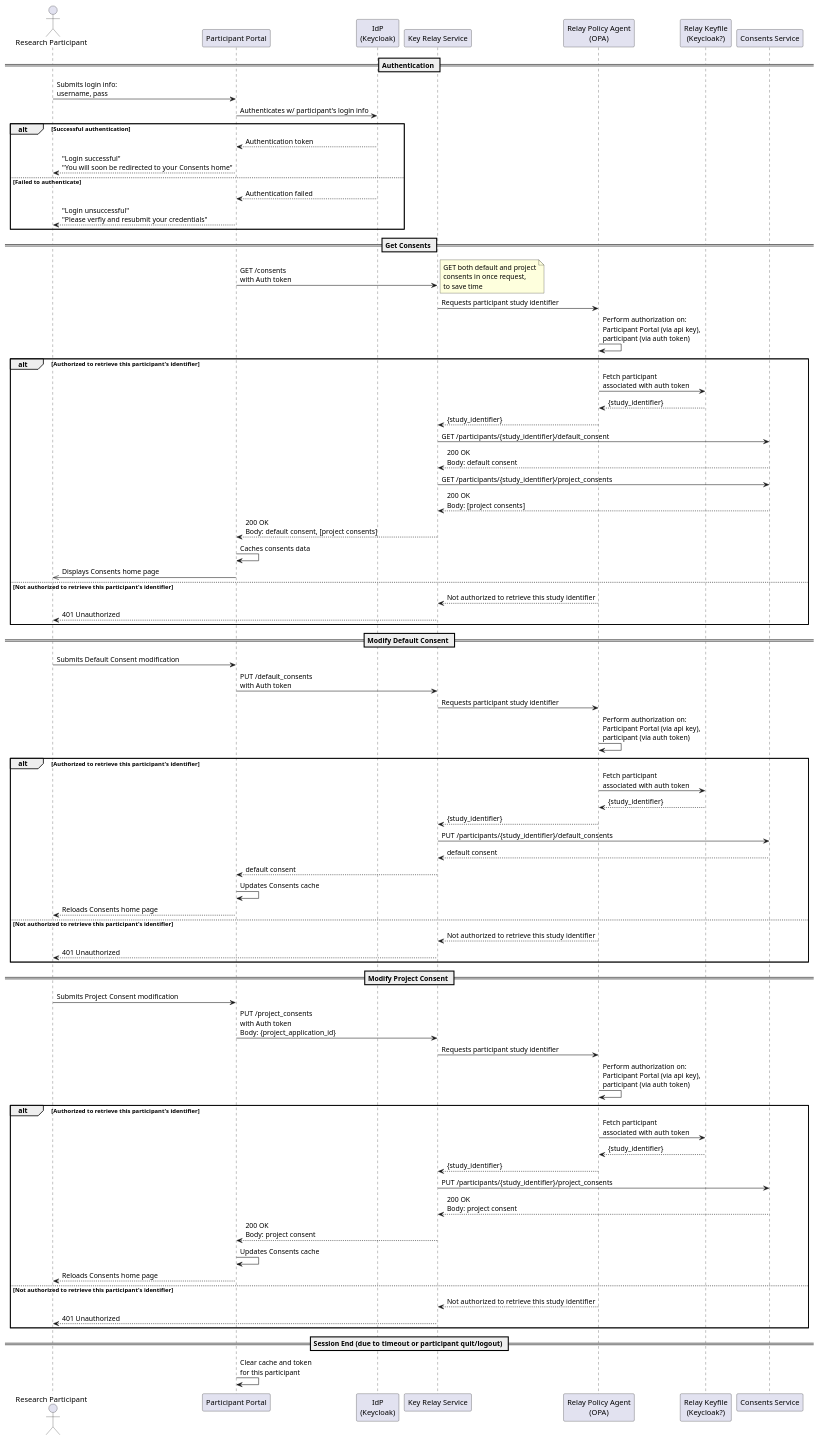
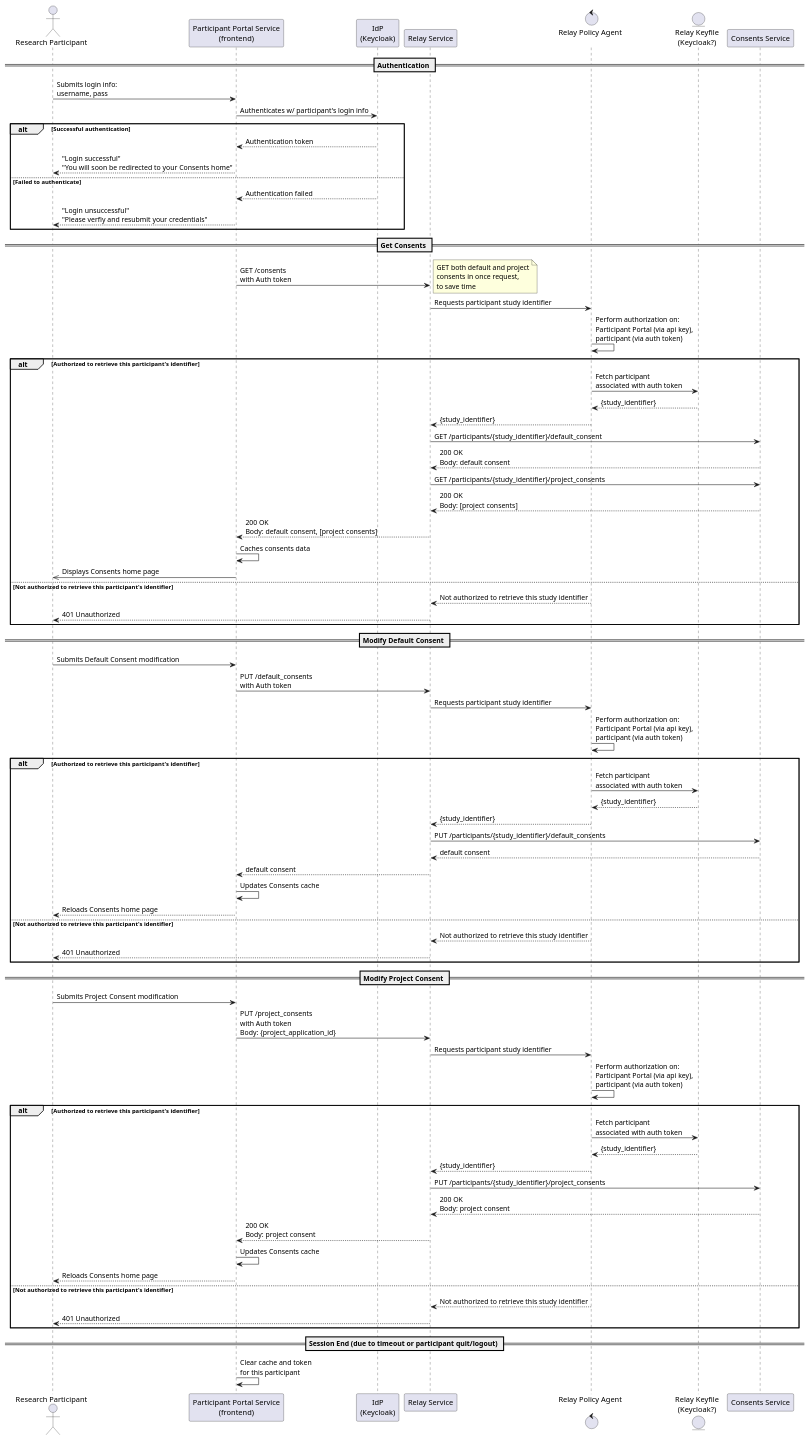
One commit to dycons/design changed the diagram in demo1/diagrams/participant_consent_change.md. Above: the diagram before and after it, drawn with PlantUML. The commit also changed other lines of this file, not shown here.

Commit message:
Clarify participants in consent-change seq diagram

```diff
--- a/demo1/diagrams/participant_consent_change.md
+++ b/demo1/diagrams/participant_consent_change.md
@@ -4,10 +4,10 @@
 @startuml
 actor "Research Participant" as rp
-participant "Participant Portal" as pp
+participant "Participant Portal Service\n(frontend)" as pp
 participant "IdP\n(Keycloak)" as idp
-participant "Key Relay Service" as krs
-participant "Relay Policy Agent\n(OPA)" as opa
-participant "Relay Keyfile\n(Keycloak?)" as kf
+participant "Relay Service" as rs
+control "Relay Policy Agent\n" as rpa
+entity "Relay Keyfile\n(Keycloak?)" as kf
 participant "Consents Service" as cs
 
 
@@ -27,35 +27,35 @@
 
 == Get Consents ==
 
-pp -> krs: GET /consents \nwith Auth token
+pp -> rs: GET /consents \nwith Auth token
 note right
   GET both default and project
   consents in once request,
   to save time
 end note
 
-krs -> opa: Requests participant study identifier
-opa -> opa: Perform authorization on: \nParticipant Portal (via api key), \nparticipant (via auth token)
+rs -> rpa: Requests participant study identifier
+rpa -> rpa: Perform authorization on: \nParticipant Portal (via api key), \nparticipant (via auth token)
 
 alt Authorized to retrieve this participant's identifier
-  opa -> kf: Fetch participant \nassociated with auth token
-  kf --> opa: {study_identifier}
-  opa --> krs: {study_identifier}
+  rpa -> kf: Fetch participant \nassociated with auth token
+  kf --> rpa: {study_identifier}
+  rpa --> rs: {study_identifier}
 
-  krs -> cs: GET /participants/{study_identifier}/default_consent
-  cs --> krs: 200 OK \nBody: default consent
+  rs -> cs: GET /participants/{study_identifier}/default_consent
+  cs --> rs: 200 OK \nBody: default consent
 
-  krs -> cs: GET /participants/{study_identifier}/project_consents
-  cs --> krs: 200 OK \nBody: [project consents]
+  rs -> cs: GET /participants/{study_identifier}/project_consents
+  cs --> rs: 200 OK \nBody: [project consents]
 
-  krs --> pp: 200 OK \nBody: default consent, [project consents]
+  rs --> pp: 200 OK \nBody: default consent, [project consents]
 
   pp -> pp: Caches consents data
   pp ->> rp: Displays Consents home page
 
 else Not authorized to retrieve this participant's identifier
-  opa --> krs: Not authorized to retrieve this study identifier
-  krs --> rp: 401 Unauthorized
+  rpa --> rs: Not authorized to retrieve this study identifier
+  rs --> rp: 401 Unauthorized
 end
 
 
@@ -63,27 +63,27 @@
 
 rp -> pp: Submits Default Consent modification
 
-pp -> krs: PUT /default_consents \nwith Auth token
+pp -> rs: PUT /default_consents \nwith Auth token
 
-krs -> opa: Requests participant study identifier
-opa -> opa: Perform authorization on: \nParticipant Portal (via api key), \nparticipant (via auth token)
+rs -> rpa: Requests participant study identifier
+rpa -> rpa: Perform authorization on: \nParticipant Portal (via api key), \nparticipant (via auth token)
 
 alt Authorized to retrieve this participant's identifier
-  opa -> kf: Fetch participant \nassociated with auth token
-  kf --> opa: {study_identifier}
-  opa --> krs: {study_identifier}
+  rpa -> kf: Fetch participant \nassociated with auth token
+  kf --> rpa: {study_identifier}
+  rpa --> rs: {study_identifier}
 
-  krs -> cs: PUT /participants/{study_identifier}/default_consents
-  cs --> krs: default consent
+  rs -> cs: PUT /participants/{study_identifier}/default_consents
+  cs --> rs: default consent
 
-  krs --> pp: default consent
+  rs --> pp: default consent
 
   pp -> pp: Updates Consents cache
   pp --> rp: Reloads Consents home page
 
 else Not authorized to retrieve this participant's identifier
-  opa --> krs: Not authorized to retrieve this study identifier
-  krs --> rp: 401 Unauthorized
+  rpa --> rs: Not authorized to retrieve this study identifier
+  rs --> rp: 401 Unauthorized
 end
 
 
@@ -91,28 +91,28 @@
 
 rp -> pp: Submits Project Consent modification
 
-pp -> krs: PUT /project_consents \nwith Auth token \nBody: {project_application_id}
+pp -> rs: PUT /project_consents \nwith Auth token \nBody: {project_application_id}
 
 
-krs -> opa: Requests participant study identifier
-opa -> opa: Perform authorization on: \nParticipant Portal (via api key), \nparticipant (via auth token)
+rs -> rpa: Requests participant study identifier
+rpa -> rpa: Perform authorization on: \nParticipant Portal (via api key), \nparticipant (via auth token)
 
 alt Authorized to retrieve this participant's identifier
-  opa -> kf: Fetch participant \nassociated with auth token
-  kf --> opa: {study_identifier}
-  opa --> krs: {study_identifier}
+  rpa -> kf: Fetch participant \nassociated with auth token
+  kf --> rpa: {study_identifier}
+  rpa --> rs: {study_identifier}
 
-  krs -> cs: PUT /participants/{study_identifier}/project_consents
-  cs --> krs: 200 OK \nBody: project consent
+  rs -> cs: PUT /participants/{study_identifier}/project_consents
+  cs --> rs: 200 OK \nBody: project consent
 
-  krs --> pp: 200 OK \nBody: project consent
+  rs --> pp: 200 OK \nBody: project consent
 
   pp -> pp: Updates Consents cache
   pp --> rp: Reloads Consents home page
 
 else Not authorized to retrieve this participant's identifier
-  opa --> krs: Not authorized to retrieve this study identifier
-  krs --> rp: 401 Unauthorized
+  rpa --> rs: Not authorized to retrieve this study identifier
+  rs --> rp: 401 Unauthorized
 end
 
 
```
